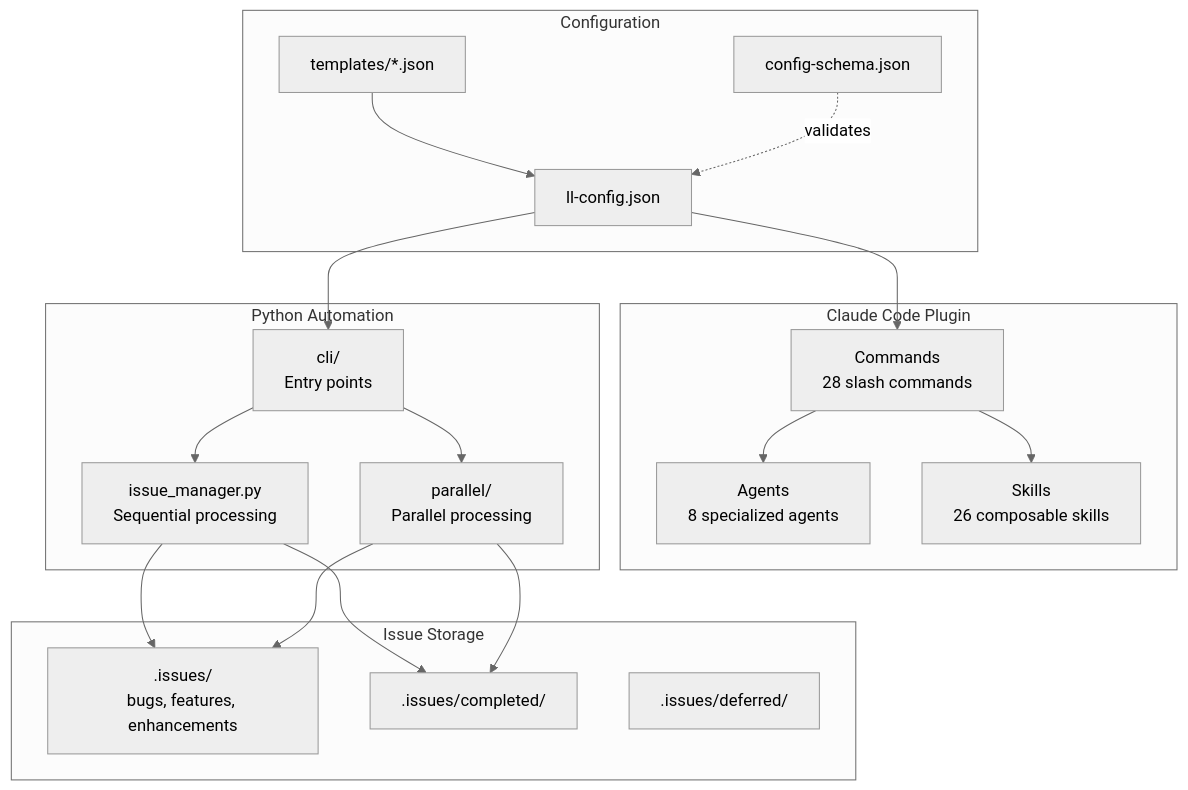
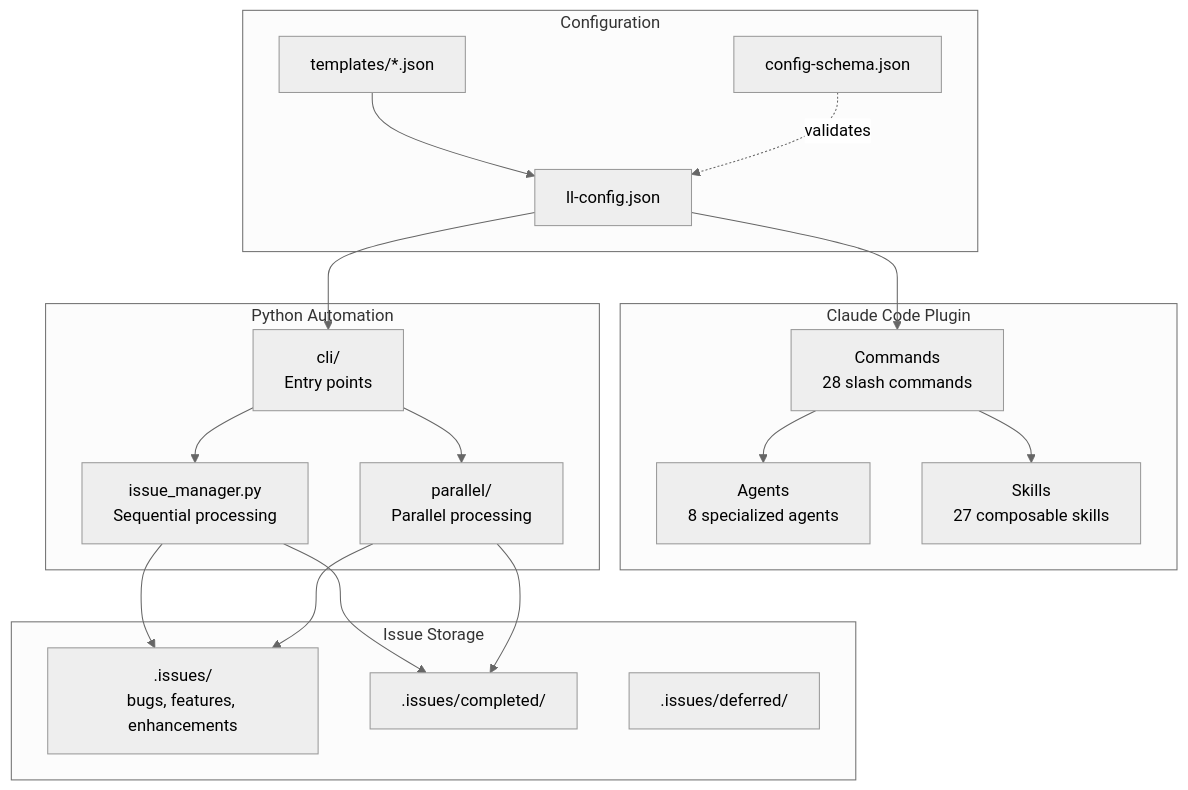
Before and after one commit to BrennonTWilliams/little-loops: the first of 13 diagrams in docs/ARCHITECTURE.md, drawn with Mermaid (neutral theme). The commit also changed other lines of this file and 8 other files, not shown here.

````diff
--- a/docs/ARCHITECTURE.md
+++ b/docs/ARCHITECTURE.md
@@ -21,39 +21,39 @@
 ```mermaid
 flowchart TB
     subgraph "Claude Code Plugin"
         CMD[Commands<br/>28 slash commands]
         AGT[Agents<br/>8 specialized agents]
-        SKL[Skills<br/>26 composable skills]
+        SKL[Skills<br/>27 composable skills]
     end
 
     subgraph "Configuration"
         CFG[ll-config.json]
         SCHEMA[config-schema.json]
         TPL[templates/*.json]
     end
 
     subgraph "Python Automation"
         CLI[cli/<br/>Entry points]
         AUTO[issue_manager.py<br/>Sequential processing]
         PARALLEL[parallel/<br/>Parallel processing]
     end
 
     subgraph "Issue Storage"
         ISSUES[.issues/<br/>bugs, features, enhancements]
         COMPLETED[.issues/completed/]
         DEFERRED[.issues/deferred/]
     end
 
     CFG --> CMD
     TPL --> CFG
     SCHEMA -.->|validates| CFG
     CFG --> CLI
     CMD --> AGT
     CMD --> SKL
     CLI --> AUTO
     CLI --> PARALLEL
     AUTO --> ISSUES
     PARALLEL --> ISSUES
     AUTO --> COMPLETED
     PARALLEL --> COMPLETED
 ```
````
